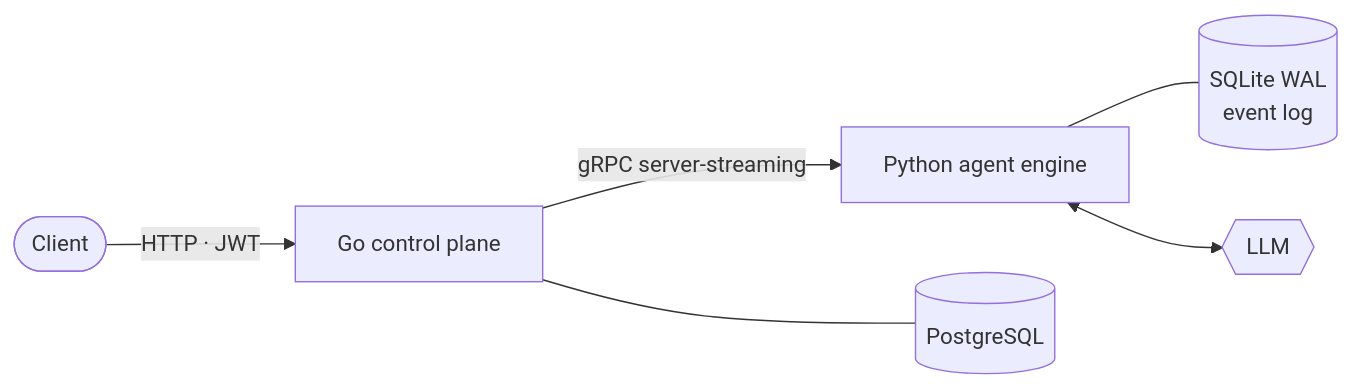
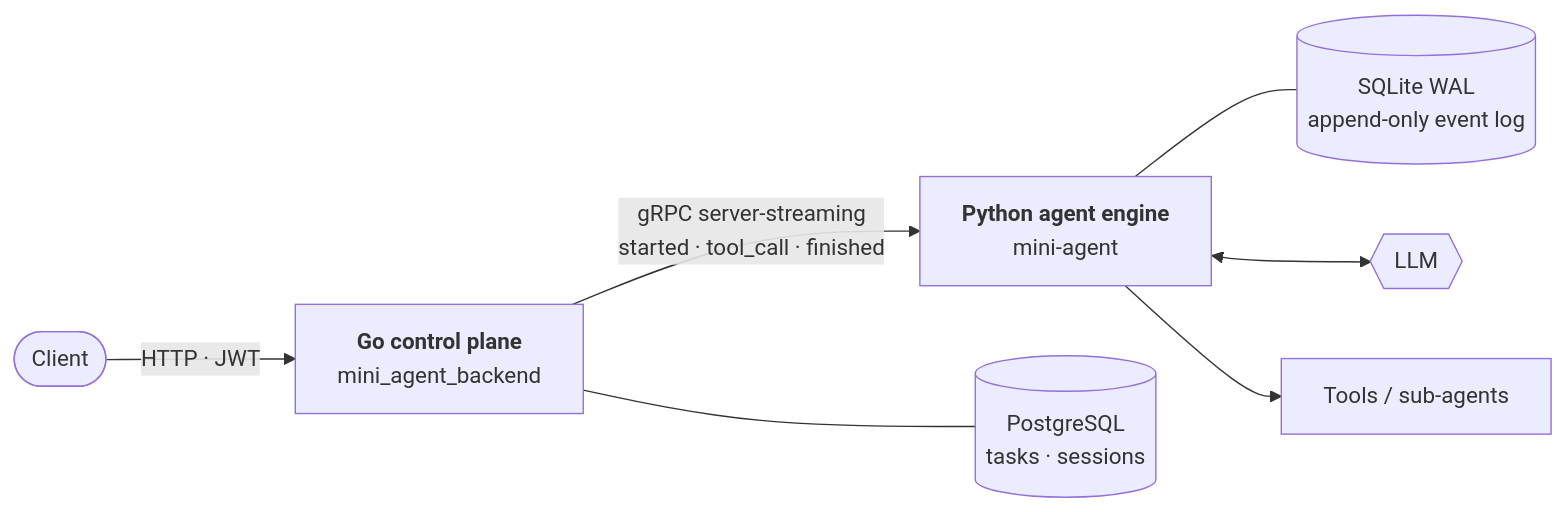
The diagram in README.md (Jepson-Wang/Jepson-Wang), drawn with Mermaid before and after one commit. The commit also changed other lines of this file and 1 other file, not shown here.

````diff
--- a/README.md
+++ b/README.md
@@ -34,8 +43,9 @@
 ```mermaid
 flowchart LR
-    U([Client]) -- "HTTP · JWT" --> B["Go control plane"]
-    B -- "gRPC server-streaming" --> A["Python agent engine"]
-    B --- PG[("PostgreSQL")]
-    A --- S[("SQLite WAL<br/>event log")]
+    U([Client]) -- "HTTP · JWT" --> B["<b>Go control plane</b><br/>mini_agent_backend"]
+    B -- "gRPC server-streaming<br/>started · tool_call · finished" --> A["<b>Python agent engine</b><br/>mini-agent"]
+    B --- PG[("PostgreSQL<br/>tasks · sessions")]
+    A --- S[("SQLite WAL<br/>append-only event log")]
     A <--> L{{LLM}}
+    A --> T[Tools / sub-agents]
 ```
````
